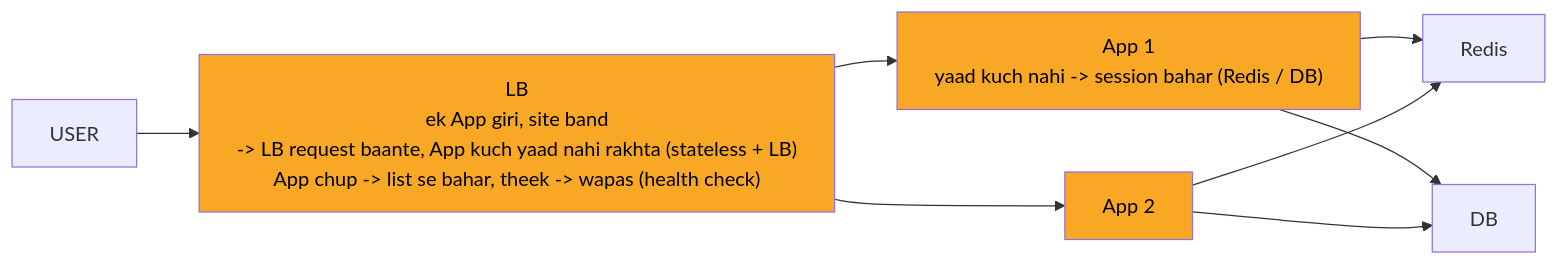
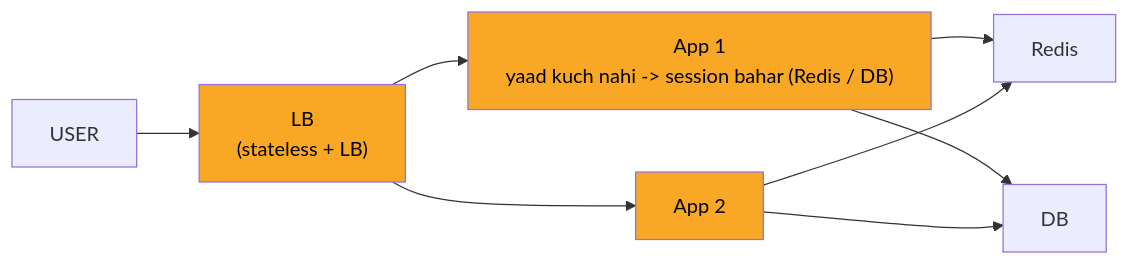
Before and after one commit to ArpanMaheshwari144/Prep: the diagram in 04_HLD/SYSTEM_DESIGNS/01_url_shortener/img/c2.mmd, drawn with Mermaid. The commit also changed 29 other files, not shown here.

```diff
--- a/04_HLD/SYSTEM_DESIGNS/01_url_shortener/img/c2.mmd
+++ b/04_HLD/SYSTEM_DESIGNS/01_url_shortener/img/c2.mmd
@@ -1,18 +1,18 @@
 %%{init: {"flowchart": {"wrappingWidth": 450}}}%%
 flowchart LR
     n_USER["USER"]
-    n_LB["LB<br/>ek App giri, site band<br/>-> LB request baante, App kuch yaad nahi rakhta (stateless + LB)<br/>App chup -> list se bahar, theek -> wapas (health check)"]
+    n_LB["LB<br/>(stateless + LB)"]
     n_App_x_N_1["App 1<br/>yaad kuch nahi -> session bahar (Redis / DB)"]
     n_App_x_N_2["App 2"]
     n_Redis["Redis"]
     n_DB["DB"]
     n_USER --> n_LB
     n_LB --> n_App_x_N_1
     n_LB --> n_App_x_N_2
     n_App_x_N_1 --> n_Redis
     n_App_x_N_2 --> n_Redis
     n_App_x_N_1 --> n_DB
     n_App_x_N_2 --> n_DB
     style n_LB fill:#f9a825,color:#000
     style n_App_x_N_1 fill:#f9a825,color:#000
     style n_App_x_N_2 fill:#f9a825,color:#000
```
